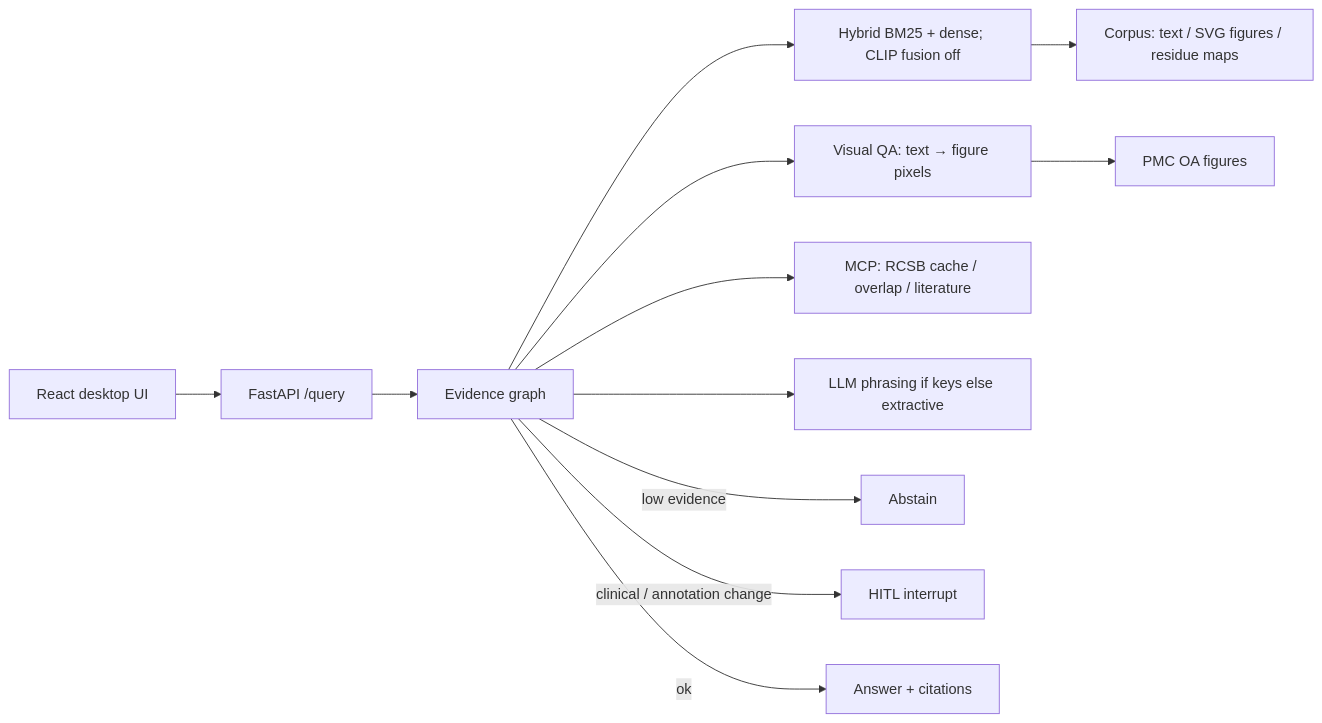
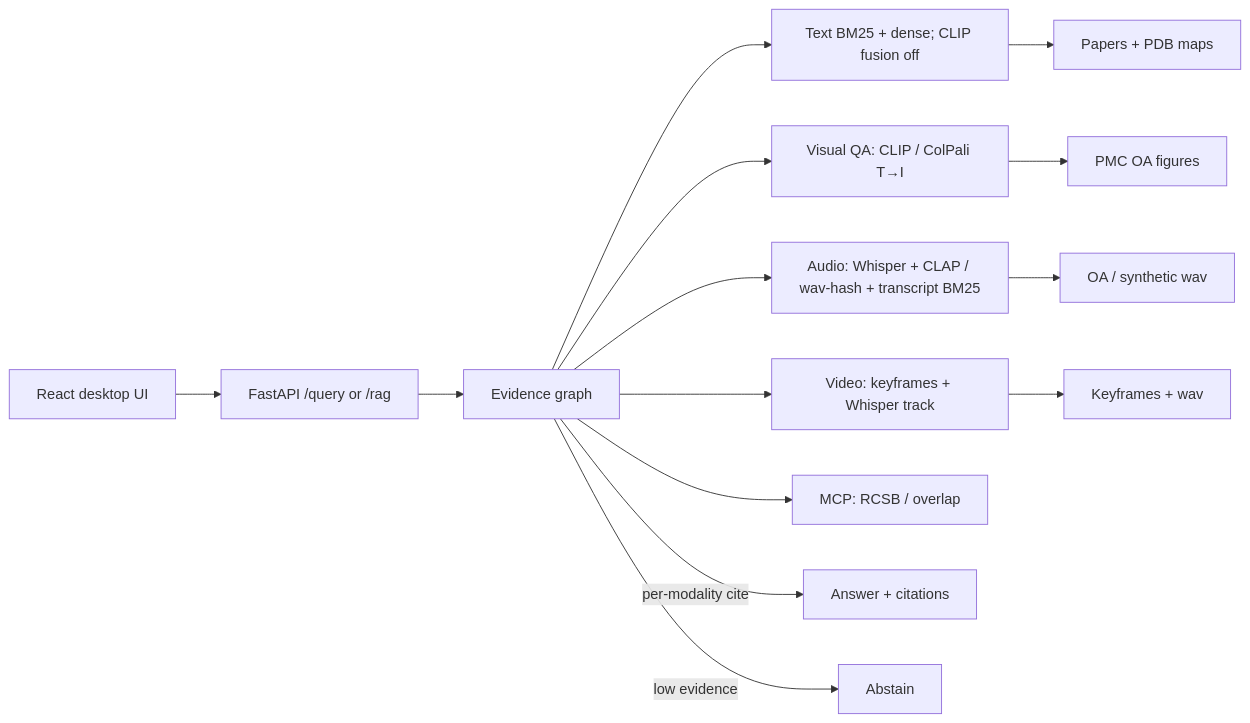
The diagram in abcite/README.md (yinli-systems/antibody-antigen-interface-research), drawn with Mermaid before and after one commit. The commit also changed other lines of this file and 43 other files, not shown here.

First line of the commit message:
Add audio and video RAG beside visual QA on a unified /query path.

````diff
--- a/abcite/README.md
+++ b/abcite/README.md
@@ -15,14 +15,16 @@
 ```mermaid
 flowchart LR
-  UI[React desktop UI] --> API[FastAPI /query]
+  UI[React desktop UI] --> API["FastAPI /query or /rag"]
   API --> G[Evidence graph]
-  G --> R[Hybrid BM25 + dense; CLIP fusion off]
-  G --> V[Visual QA: text → figure pixels]
-  G --> T[MCP: RCSB cache / overlap / literature]
-  G --> L[LLM phrasing if keys else extractive]
-  R --> C[Corpus: text / SVG figures / residue maps]
+  G --> R[Text BM25 + dense; CLIP fusion off]
+  G --> V[Visual QA: CLIP / ColPali T→I]
+  G --> A[Audio: Whisper + CLAP / wav-hash + transcript BM25]
+  G --> VD[Video: keyframes + Whisper track]
+  G --> T[MCP: RCSB / overlap]
+  R --> C[Papers + PDB maps]
   V --> F[PMC OA figures]
-  G -->|low evidence| A[Abstain]
-  G -->|clinical / annotation change| H[HITL interrupt]
-  G -->|ok| ANS[Answer + citations]
+  A --> W[OA / synthetic wav]
+  VD --> K[Keyframes + wav]
+  G -->|per-modality cite| ANS[Answer + citations]
+  G -->|low evidence| X[Abstain]
 ```
````
